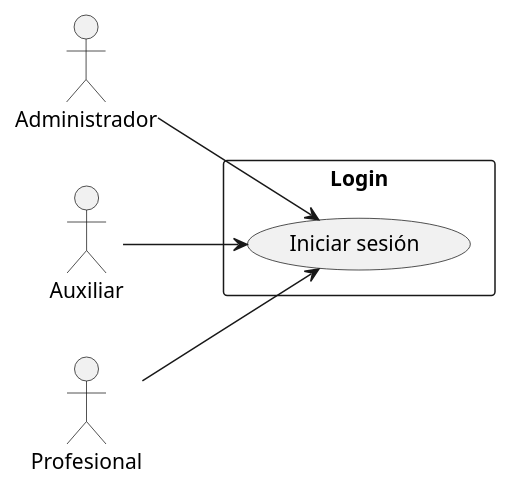
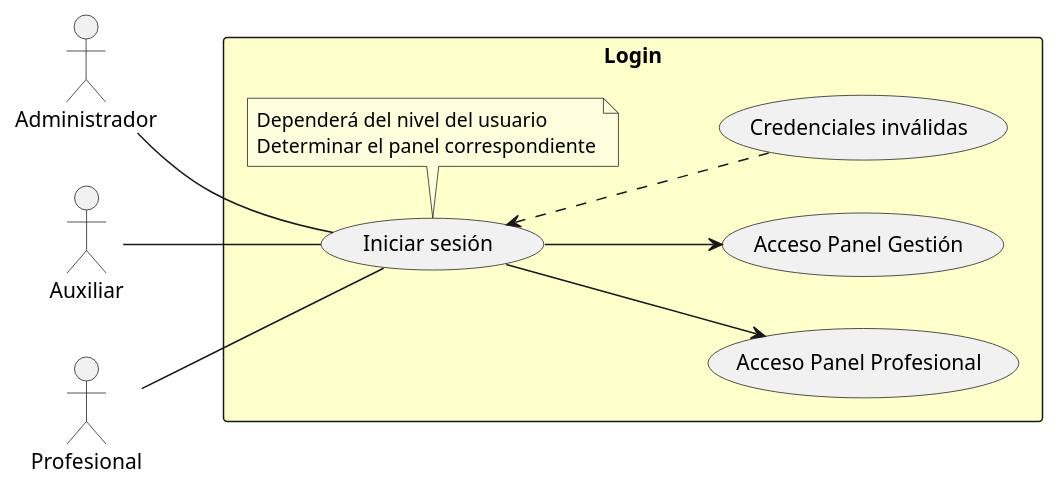
The diagram in ROOT/modules/proyecto/puml/login-usecase.puml (capsi-ucp/capsi-ucp.github.io), drawn with PlantUML before and after one commit.

Commit message:
Edit Login

```diff
--- a/ROOT/modules/proyecto/puml/login-usecase.puml
+++ b/ROOT/modules/proyecto/puml/login-usecase.puml
@@ -1,12 +1,20 @@
 @startuml
 left to right direction
 actor Administrador
 actor Auxiliar
 actor Profesional
-rectangle Login {
+rectangle Login #BUSINESS {
   usecase "Iniciar sesión" as Auth
+  usecase "Acceso Panel Profesional" as PanelProfesional
+  usecase "Acceso Panel Gestión" as PanelAdmin
+  usecase "Credenciales inválidas" as FailAuth
+  note "Dependerá del nivel del usuario\r\nDeterminar el panel correspondiente" as Condition
 }
-Administrador --> Auth
-Auxiliar --> Auth
-Profesional --> Auth
+Auth <.- FailAuth
+Auth --> PanelProfesional
+Auth --> PanelAdmin
+Auth -> Condition
+Administrador -- Auth
+Auxiliar -- Auth
+Profesional -- Auth
 @enduml
```
